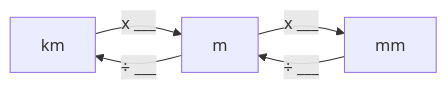
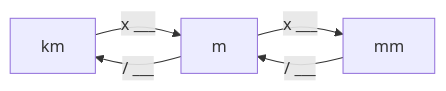
Before and after one commit to dubois-svt/courssvt: the second of 3 diagrams in docs/6e/MouvementTerre/RevolRotation.md, drawn with Mermaid. The commit also changed other lines of this file, not shown here.

````diff
--- a/docs/6e/MouvementTerre/RevolRotation.md
+++ b/docs/6e/MouvementTerre/RevolRotation.md
@@ -102,8 +101,8 @@
 ```mermaid
 flowchart LR
     A[km] -- x ___ --> B[m]
     B -- x  ___  --> C[mm]
 
-    B -- ÷ ___ --> A
-    C -- ÷ ___ --> B
+    B -- / ___ --> A
+    C -- / ___ --> B
 ```
````
